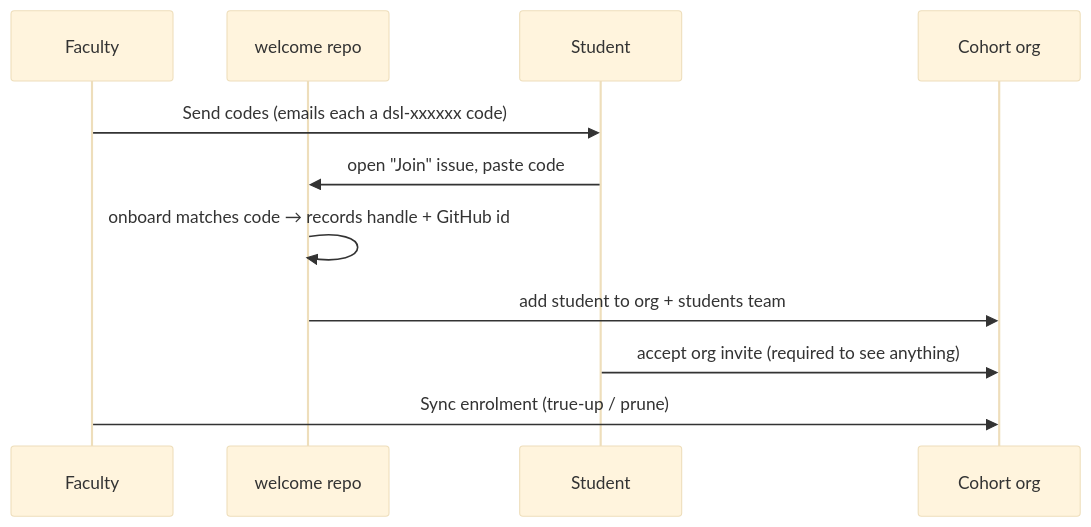
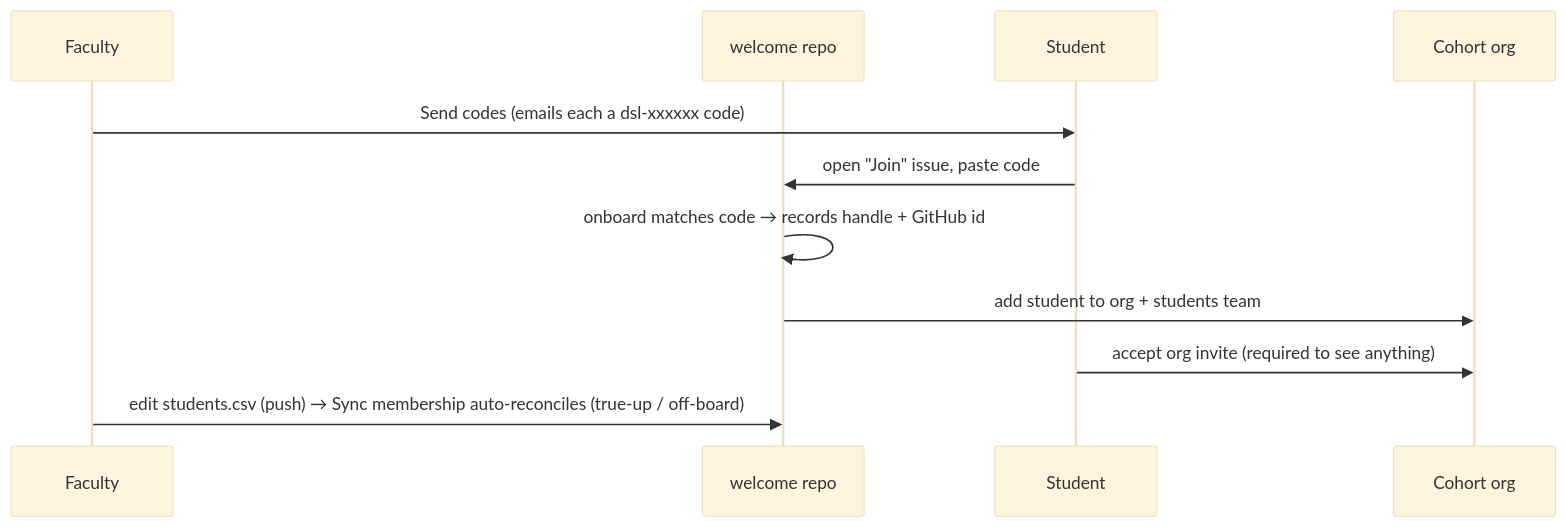
One commit to hertie-data-science-lab/dsl-teaching-course-setup changed the diagram in docs/faculty/05-enrol-students-to-cohort.md. Above: the diagram before and after it, drawn with Mermaid (base theme). The commit also changed other lines of this file and 48 other files, not shown here.

````diff
--- a/docs/faculty/05-enrol-students-to-cohort.md
+++ b/docs/faculty/05-enrol-students-to-cohort.md
@@ -16,13 +16,13 @@
 ```mermaid
 sequenceDiagram
   participant F as Faculty
   participant W as welcome repo
   participant S as Student
   participant O as Cohort org
   F->>S: Send codes (emails each a dsl-xxxxxx code)
   S->>W: open "Join" issue, paste code
   W->>W: onboard matches code → records handle + GitHub id
   W->>O: add student to org + students team
   S->>O: accept org invite (required to see anything)
-  F->>O: Sync enrolment (true-up / prune)
+  F->>W: edit students.csv (push) → Sync membership auto-reconciles (true-up / off-board)
 ```
````
